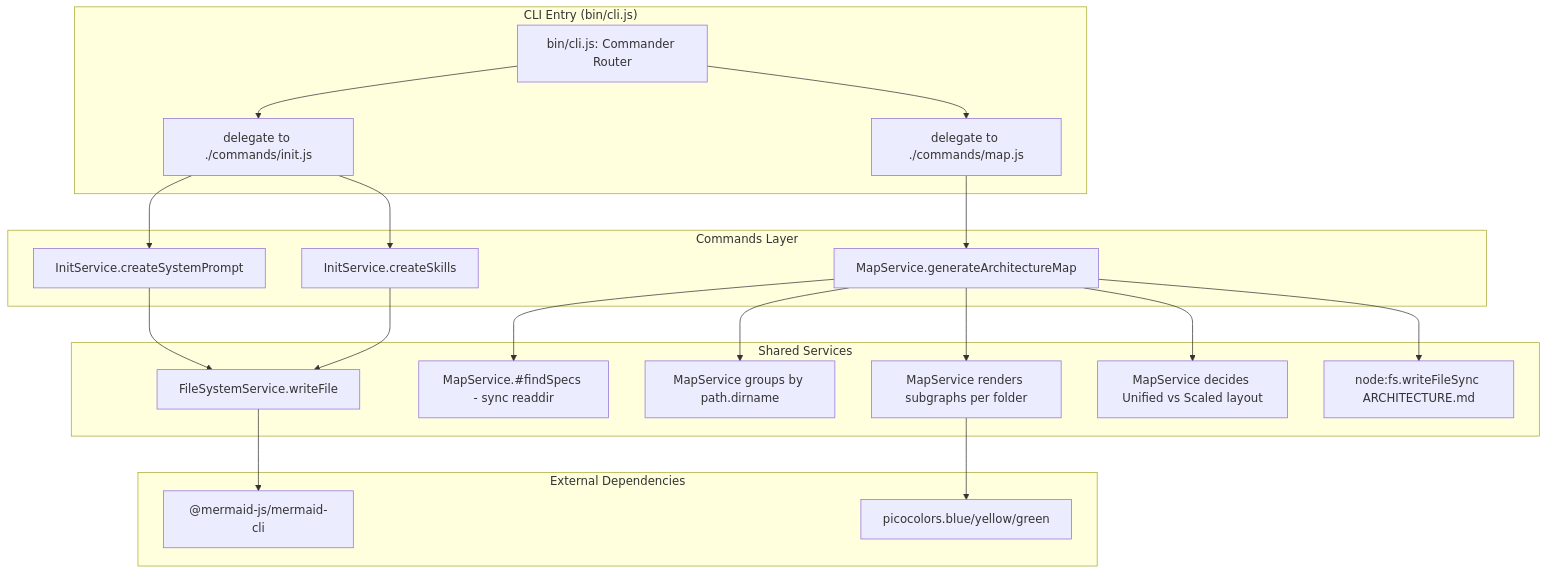
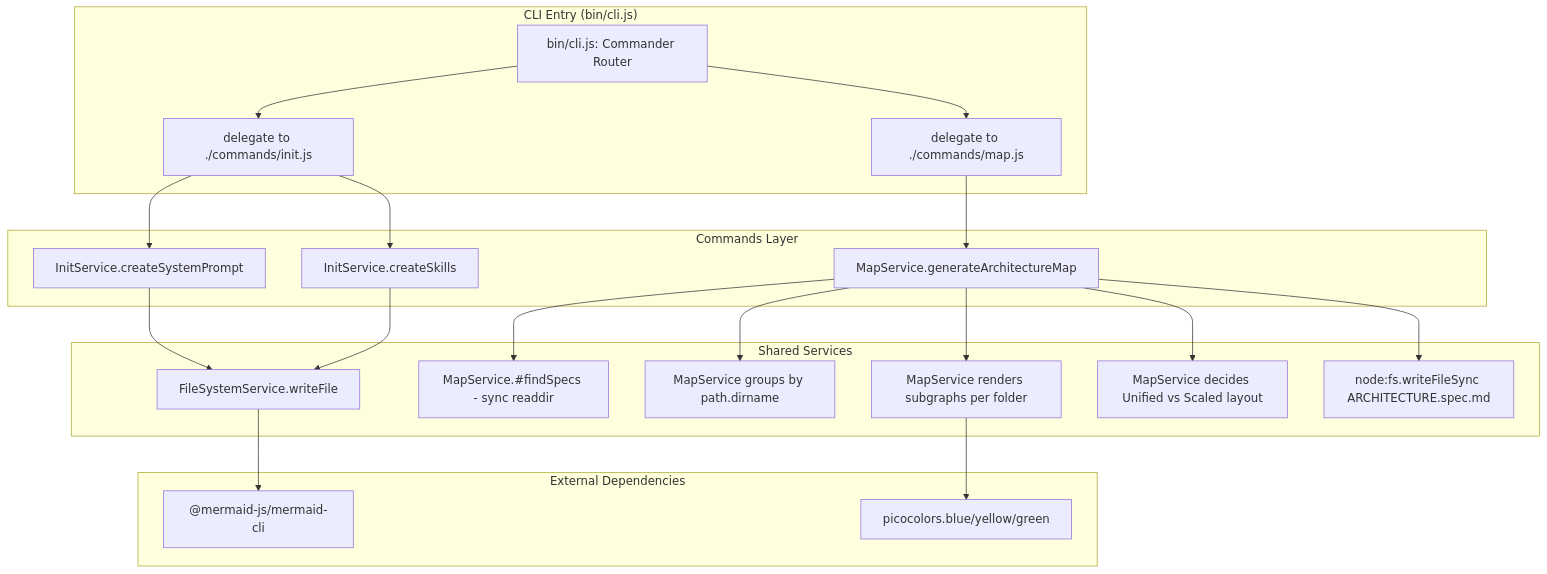
One commit to JulioCRFilho/mermaid-diagram-driven-development changed the diagram in bin/cli.spec.md. Above: the diagram before and after it, drawn with Mermaid. The commit also changed other lines of this file and 4 other files, not shown here.

First line of the commit message:
refactor: rename output to ARCHITECTURE.spec.md and bump version to 6.2.2

````diff
--- a/bin/cli.spec.md
+++ b/bin/cli.spec.md
@@ -7,29 +7,29 @@
 ```mermaid
-%% @spec-version v6.2.0
+%% @spec-version v6.2.2
 graph TD
     subgraph "CLI Entry (bin/cli.js)"
         A[bin/cli.js: Commander Router] --> B[delegate to ./commands/init.js]
         A --> H[delegate to ./commands/map.js]
     end
 
     subgraph "Commands Layer"
         B --> C[InitService.createSystemPrompt]
         B --> D[InitService.createSkills]
         H --> I[MapService.generateArchitectureMap]
     end
 
     subgraph "Shared Services"
         C --> E[FileSystemService.writeFile]
         D --> E
         I --> J[MapService.#findSpecs - sync readdir]
         I --> K[MapService groups by path.dirname]
         I --> L[MapService renders subgraphs per folder]
         I --> P[MapService decides Unified vs Scaled layout]
-        I --> M[node:fs.writeFileSync ARCHITECTURE.md]
+        I --> M[node:fs.writeFileSync ARCHITECTURE.spec.md]
     end
 
     subgraph "External Dependencies"
         E --> F["@mermaid-js/mermaid-cli"]
         L --> N[picocolors.blue/yellow/green]
     end
 ```
````
